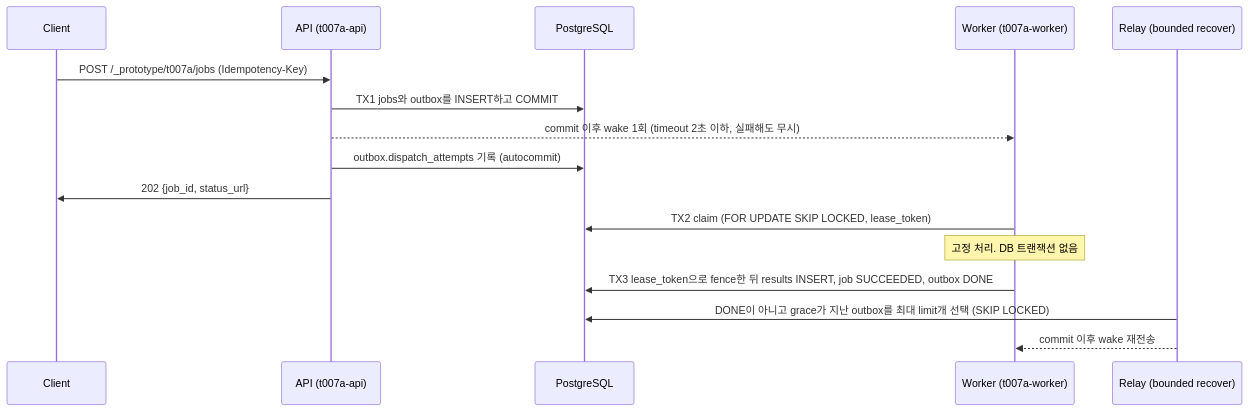
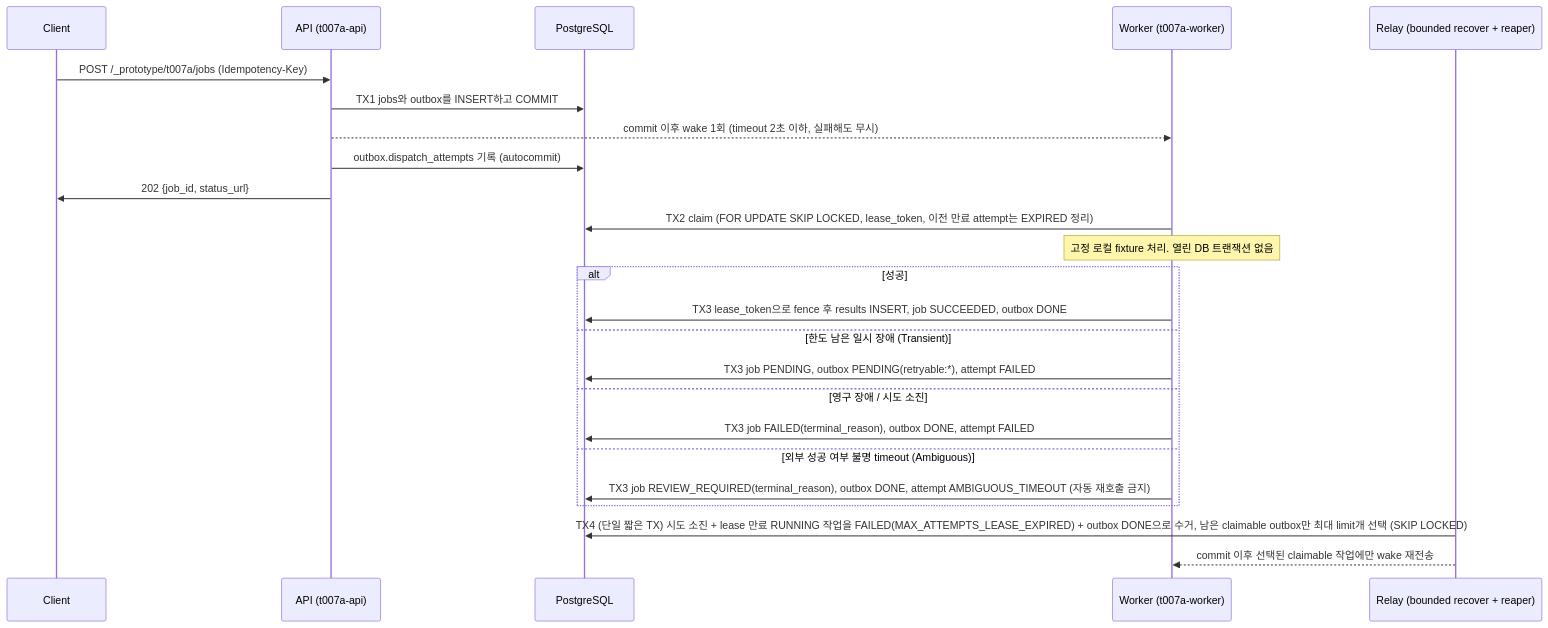
One commit to eddy81848/Career-Memory changed the diagram in spikes/t007a-worker/README.md. Above: the diagram before and after it, drawn with Mermaid. The commit also changed other lines of this file and 11 other files, not shown here.

Commit message:
T-007C: reap exhausted expired leases, quarantine ambiguous timeouts, and align Supabase PG docs

````diff
--- a/spikes/t007a-worker/README.md
+++ b/spikes/t007a-worker/README.md
@@ -11,18 +11,26 @@
 ```mermaid
 sequenceDiagram
     participant C as Client
     participant A as API (t007a-api)
     participant P as PostgreSQL
     participant W as Worker (t007a-worker)
-    participant R as Relay (bounded recover)
+    participant R as Relay (bounded recover + reaper)
     C->>A: POST /_prototype/t007a/jobs (Idempotency-Key)
     A->>P: TX1 jobs와 outbox를 INSERT하고 COMMIT
     A-->>W: commit 이후 wake 1회 (timeout 2초 이하, 실패해도 무시)
     A->>P: outbox.dispatch_attempts 기록 (autocommit)
     A->>C: 202 {job_id, status_url}
-    W->>P: TX2 claim (FOR UPDATE SKIP LOCKED, lease_token)
-    Note over W: 고정 처리. DB 트랜잭션 없음
-    W->>P: TX3 lease_token으로 fence한 뒤 results INSERT, job SUCCEEDED, outbox DONE
-    R->>P: DONE이 아니고 grace가 지난 outbox를 최대 limit개 선택 (SKIP LOCKED)
-    R-->>W: commit 이후 wake 재전송
+    W->>P: TX2 claim (FOR UPDATE SKIP LOCKED, lease_token, 이전 만료 attempt는 EXPIRED 정리)
+    Note over W: 고정 로컬 fixture 처리. 열린 DB 트랜잭션 없음
+    alt 성공
+        W->>P: TX3 lease_token으로 fence 후 results INSERT, job SUCCEEDED, outbox DONE
+    else 한도 남은 일시 장애 (Transient)
+        W->>P: TX3 job PENDING, outbox PENDING(retryable:*), attempt FAILED
+    else 영구 장애 / 시도 소진
+        W->>P: TX3 job FAILED(terminal_reason), outbox DONE, attempt FAILED
+    else 외부 성공 여부 불명 timeout (Ambiguous)
+        W->>P: TX3 job REVIEW_REQUIRED(terminal_reason), outbox DONE, attempt AMBIGUOUS_TIMEOUT (자동 재호출 금지)
+    end
+    R->>P: TX4 (단일 짧은 TX) 시도 소진 + lease 만료 RUNNING 작업을 FAILED(MAX_ATTEMPTS_LEASE_EXPIRED) + outbox DONE으로 수거, 남은 claimable outbox만 최대 limit개 선택 (SKIP LOCKED)
+    R-->>W: commit 이후 선택된 claimable 작업에만 wake 재전송
 ```
````
